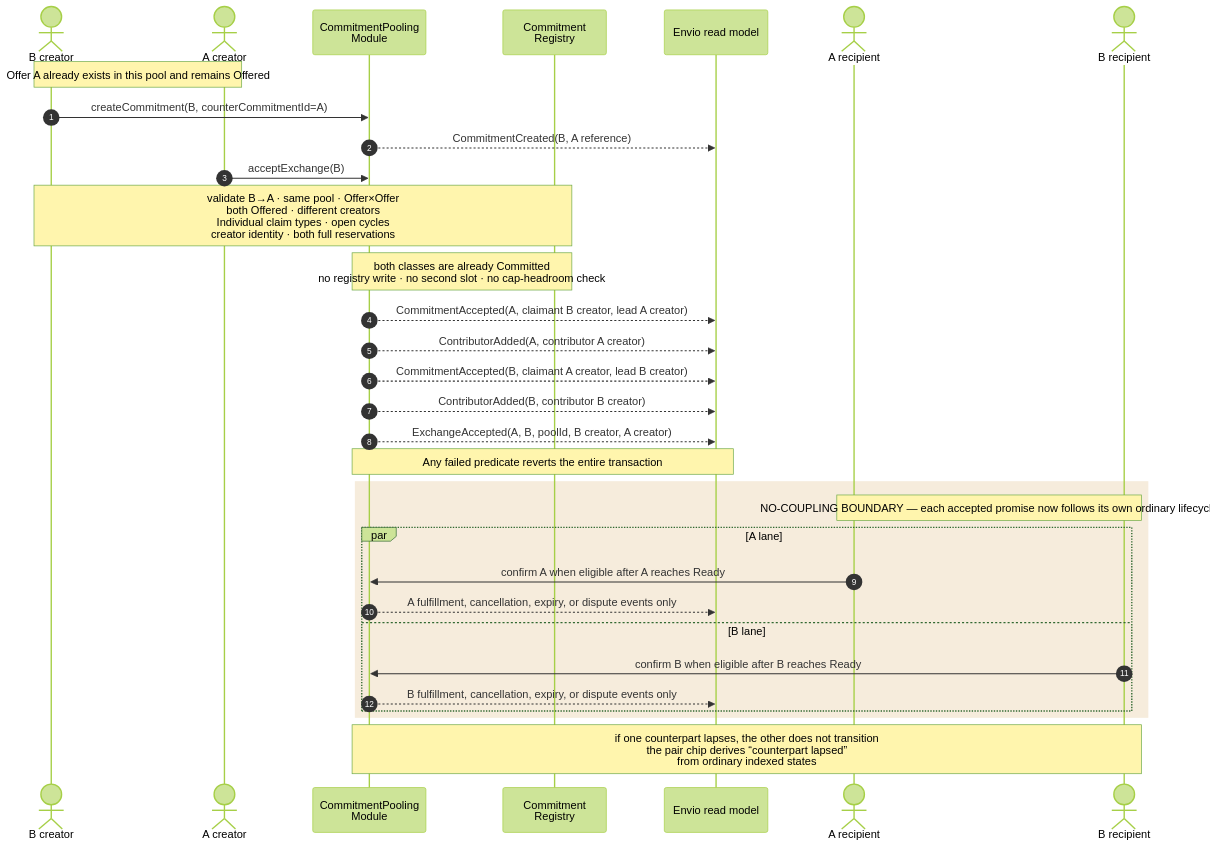
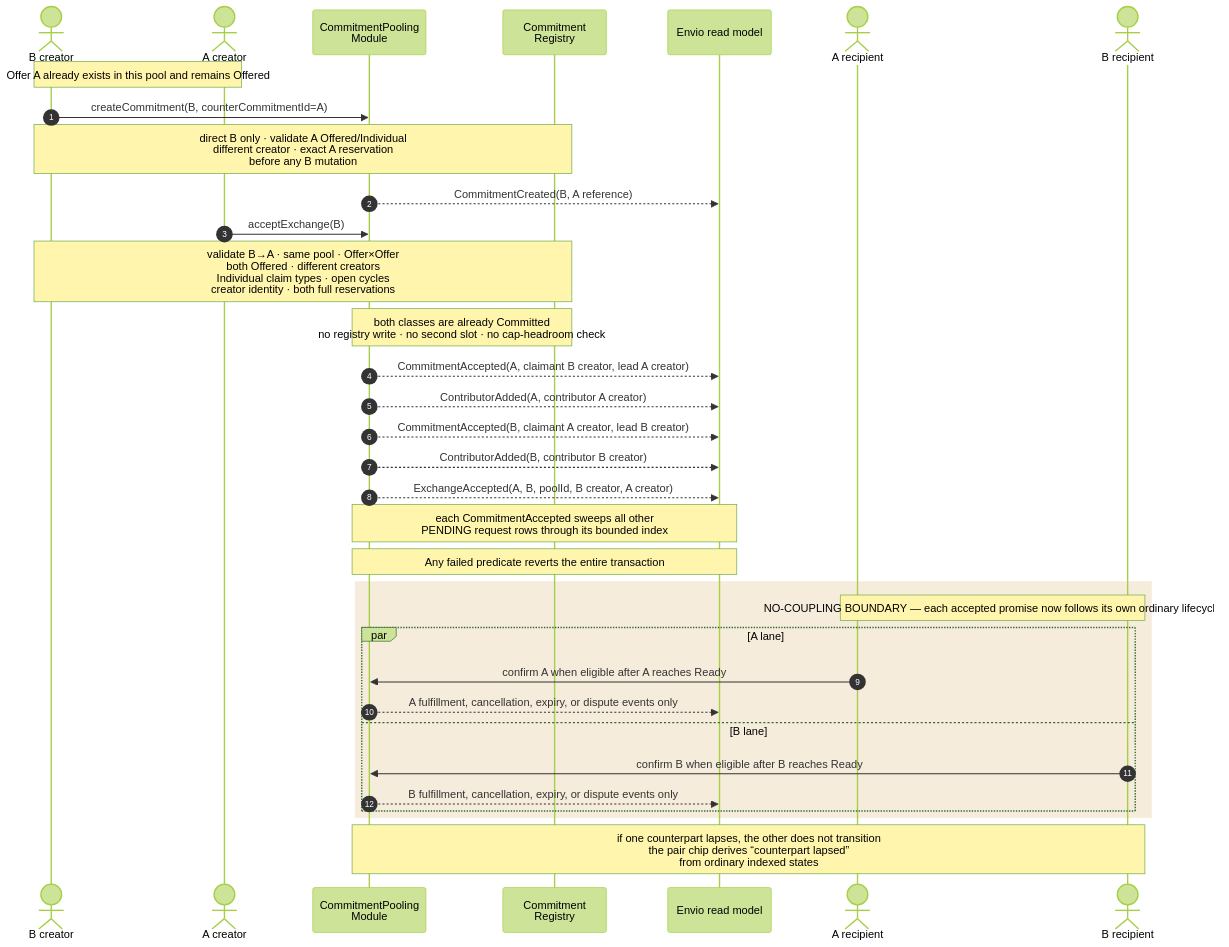
One commit to greenpill-dev-guild/green-goods changed diagram 19 of 40 in .plans/active/commitment-pooling/diagrams.md. Above: the diagram before and after it, drawn with Mermaid (forest theme). The commit also changed other lines of this file and 9 other files, not shown here.

````diff
--- a/.plans/active/commitment-pooling/diagrams.md
+++ b/.plans/active/commitment-pooling/diagrams.md
@@ -1012,36 +1012,38 @@
 ```mermaid
 sequenceDiagram
   autonumber
   actor BC as B creator
   actor AC as A creator
   participant M as CommitmentPooling<br/>Module
   participant R as Commitment<br/>Registry
   participant I as Envio read model
   actor AR as A recipient
   actor BR as B recipient
 
   Note over BC,AC: Offer A already exists in this pool and remains Offered
   BC->>M: createCommitment(B, counterCommitmentId=A)
+  Note over BC,R: direct B only · validate A Offered/Individual<br/>different creator · exact A reservation<br/>before any B mutation
   M-->>I: CommitmentCreated(B, A reference)
   AC->>M: acceptExchange(B)
   Note over BC,R: validate B→A · same pool · Offer×Offer<br/>both Offered · different creators<br/>Individual claim types · open cycles<br/>creator identity · both full reservations
   Note over M,R: both classes are already Committed<br/>no registry write · no second slot · no cap-headroom check
   M-->>I: CommitmentAccepted(A, claimant B creator, lead A creator)
   M-->>I: ContributorAdded(A, contributor A creator)
   M-->>I: CommitmentAccepted(B, claimant A creator, lead B creator)
   M-->>I: ContributorAdded(B, contributor B creator)
   M-->>I: ExchangeAccepted(A, B, poolId, B creator, A creator)
+  Note over M,I: each CommitmentAccepted sweeps all other<br/>PENDING request rows through its bounded index
   Note over M,I: Any failed predicate reverts the entire transaction
 
   rect rgb(246, 236, 220)
     Note over AR,BR: NO-COUPLING BOUNDARY — each accepted promise now follows its own ordinary lifecycle
     par A lane
       AR->>M: confirm A when eligible after A reaches Ready
       M-->>I: A fulfillment, cancellation, expiry, or dispute events only
     and B lane
       BR->>M: confirm B when eligible after B reaches Ready
       M-->>I: B fulfillment, cancellation, expiry, or dispute events only
     end
   end
   Note over M,BR: if one counterpart lapses, the other does not transition<br/>the pair chip derives “counterpart lapsed”<br/>from ordinary indexed states
 ```
````
